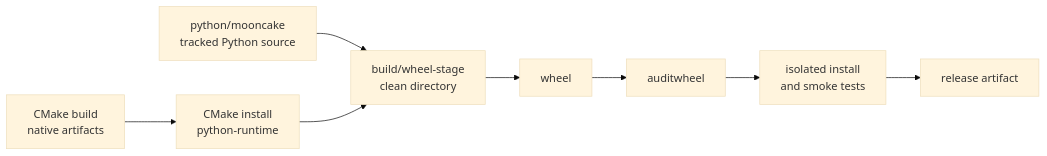
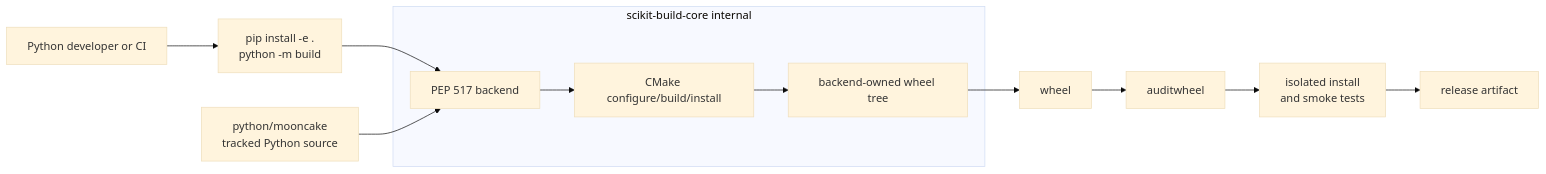
One commit to Aionw/aionw.github.io changed the first of 2 diagrams in src/content/posts/mooncake-python-package-refactoring.mdx. Above: the diagram before and after it, drawn with Mermaid (base theme). The commit also changed other lines of this file and 1 other file, not shown here.

Commit message:
Clarify scikit-build-core boundary

````diff
--- a/src/content/posts/mooncake-python-package-refactoring.mdx
+++ b/src/content/posts/mooncake-python-package-refactoring.mdx
@@ -246,15 +248,22 @@
 ```mermaid
 flowchart LR
+    D[Python developer or CI]
+    E[pip install -e .<br/>python -m build]
     P[python/mooncake<br/>tracked Python source]
-    C[CMake build<br/>native artifacts]
-    I[CMake install<br/>python-runtime]
-    S[build/wheel-stage<br/>clean directory]
+
+    subgraph K[scikit-build-core internal]
+        B[PEP 517 backend]
+        C[CMake configure/build/install]
+        T[backend-owned wheel tree]
+        B --> C --> T
+    end
+
     W[wheel]
+    A[auditwheel]
     V[isolated install<br/>and smoke tests]
-    A[auditwheel]
     R[release artifact]
 
-    P --> S
-    C --> I --> S
-    S --> W --> A --> V --> R
+    D --> E --> B
+    P --> B
+    T --> W --> A --> V --> R
 ```
````
